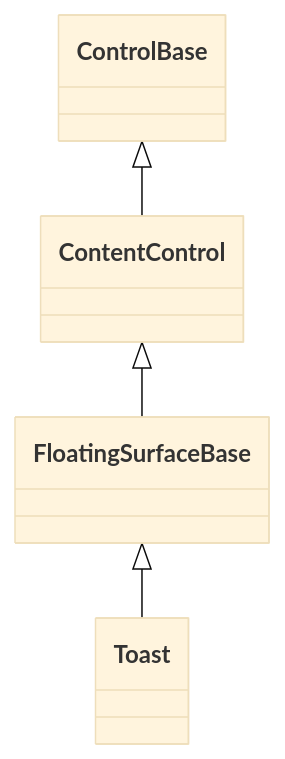
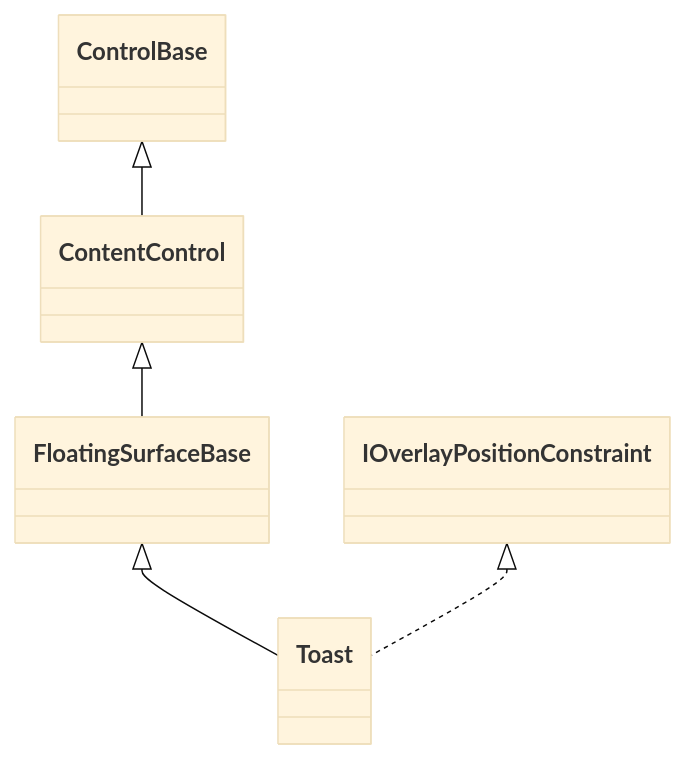
The diagram in docs/controls/notifications/toast.md (pavkam/sharp-vision), drawn with Mermaid (base theme) before and after one commit. The commit also changed other lines of this file and 24 other files, not shown here.

````diff
--- a/docs/controls/notifications/toast.md
+++ b/docs/controls/notifications/toast.md
@@ -18,6 +19,7 @@
 ```mermaid
 classDiagram
     ControlBase <|-- ContentControl
     ContentControl <|-- FloatingSurfaceBase
     FloatingSurfaceBase <|-- Toast
+    IOverlayPositionConstraint <|.. Toast
 ```
````
